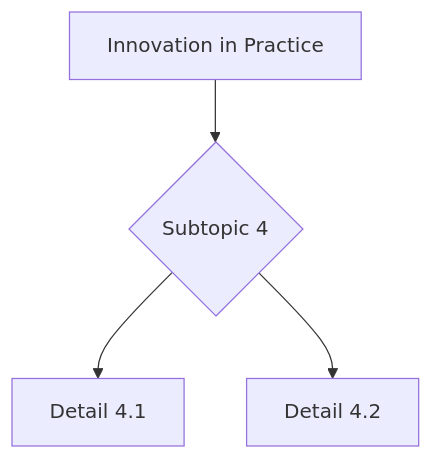
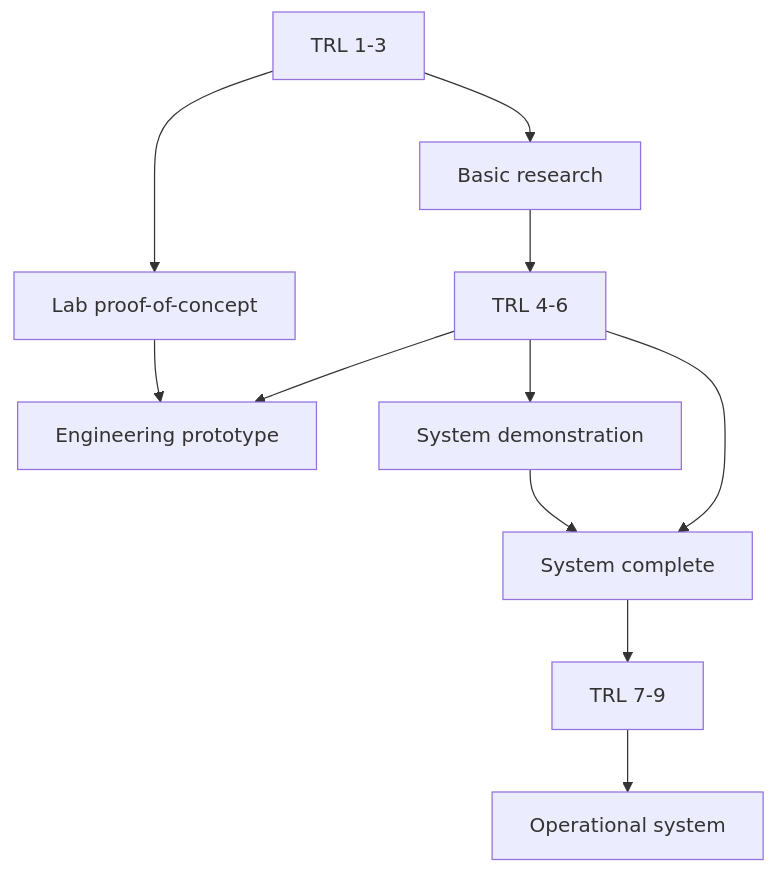
Before and after one commit to yip-lgtm/PhysicsSelfStudy: the ninth of 10 diagrams in 02_MSc_DataDriven_Modeling/core_courses/MSDM_5005/README.md, drawn with Mermaid. The commit also changed other lines of this file and 21 other files, not shown here.

````diff
--- a/02_MSc_DataDriven_Modeling/core_courses/MSDM_5005/README.md
+++ b/02_MSc_DataDriven_Modeling/core_courses/MSDM_5005/README.md
@@ -283,6 +631,13 @@
 ```mermaid
 graph TD
-    A[Innovation in Practice] --> B{Subtopic 4}
-    B --> C[Detail 4.1]
-    B --> D[Detail 4.2]
+    A[TRL 1-3] --> B[Basic research]
+    A --> C[Lab proof-of-concept]
+    B --> D[TRL 4-6]
+    D --> E[Engineering prototype]
+    D --> F[System demonstration]
+    D --> G[System complete]
+    G --> H[TRL 7-9]
+    H --> I[Operational system]
+    C --> E
+    F --> G
 ```
````
